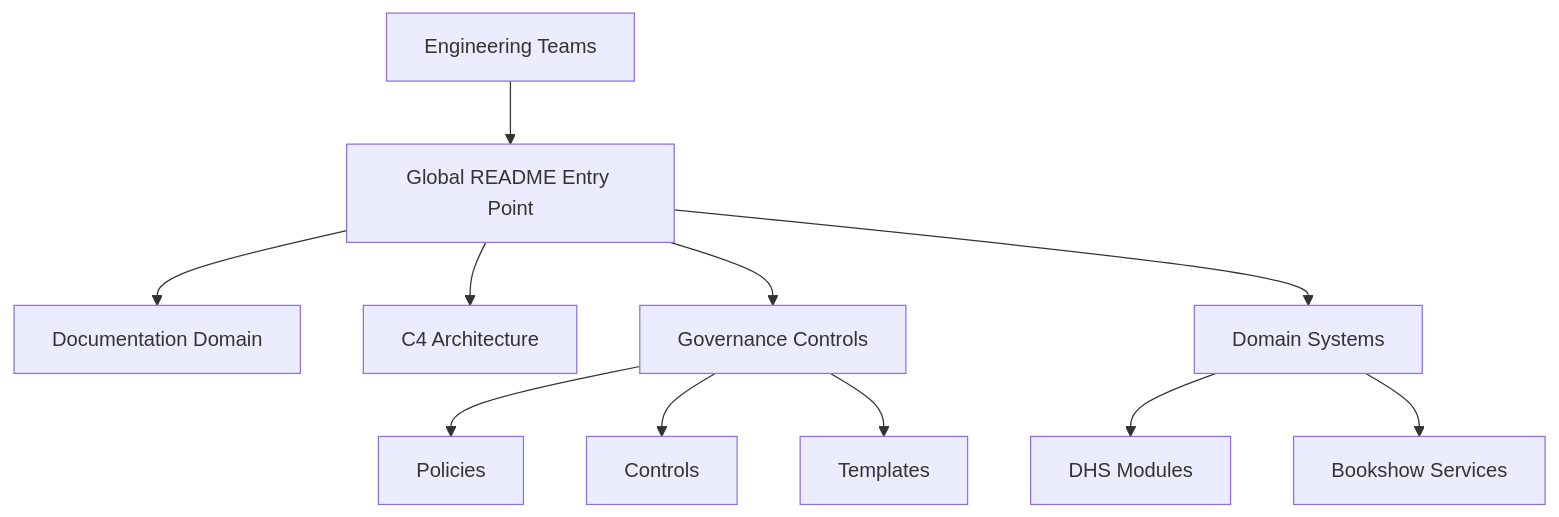
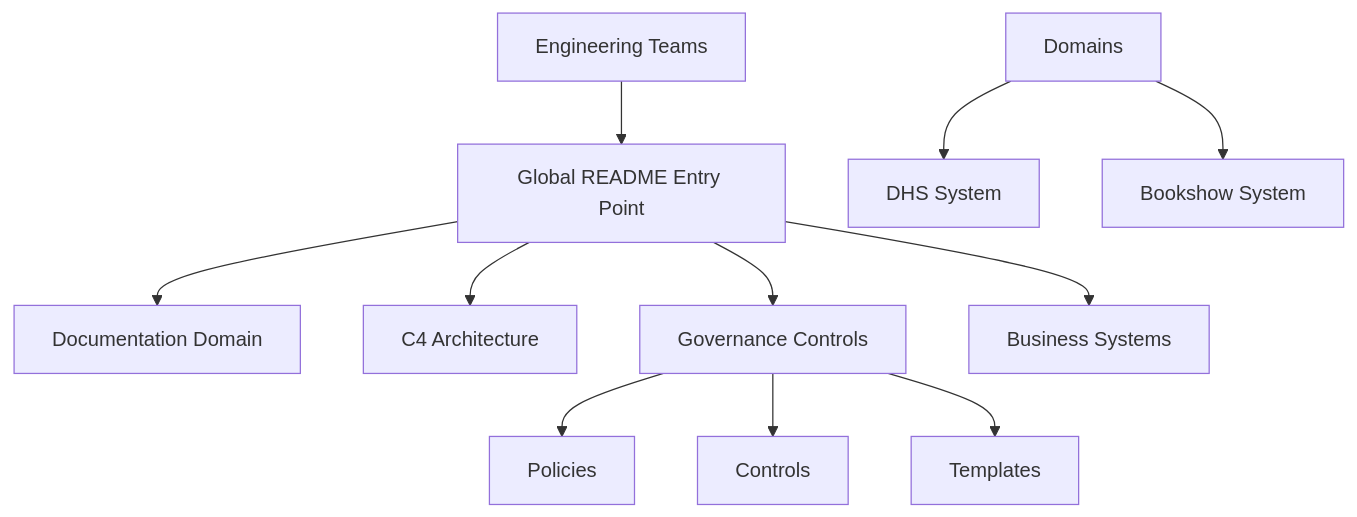
Before and after one commit to STARONE-INFOTECH/starone-galaxy-architecture: the second of 7 diagrams in README.md, drawn with Mermaid. The commit also changed other lines of this file, not shown here.

First line of the commit message:
docs: Feature/s2 i04 domain dependencies markdown update (#42)

````diff
--- a/README.md
+++ b/README.md
@@ -166,19 +167,19 @@
 ```mermaid
 flowchart TD
 
 Client[Engineering Teams]
 
 Client --> README[Global README Entry Point]
 
 README --> Docs[Documentation Domain]
 README --> Architecture[C4 Architecture]
 README --> Governance[Governance Controls]
-README --> Domains[Domain Systems]
+README --> Systems[Business Systems]
 
-Domains --> DHSModules[DHS Modules]
-Domains --> BookshowServices[Bookshow Services]
+Domains --> DHS[DHS System]
+Domains --> Bookshow[Bookshow System]
 
 Governance --> Policies[Policies]
 Governance --> Controls[Controls]
 Governance --> Templates[Templates]
 ```
````
